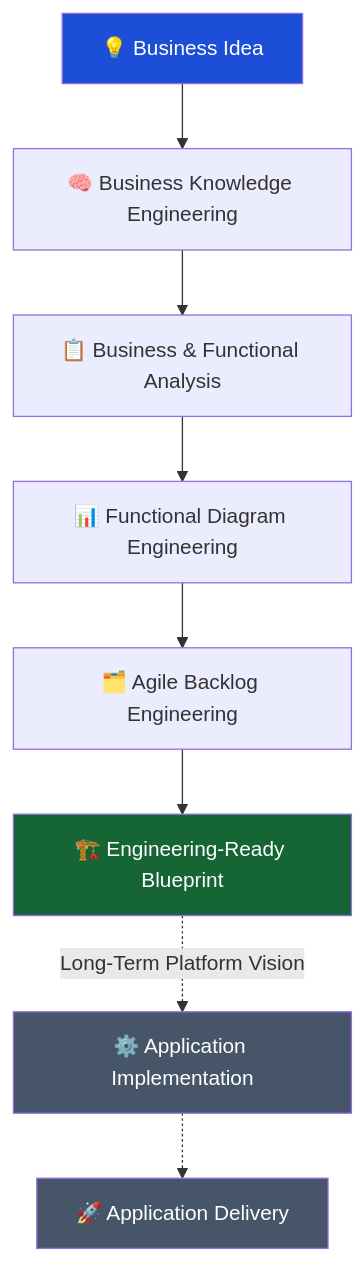
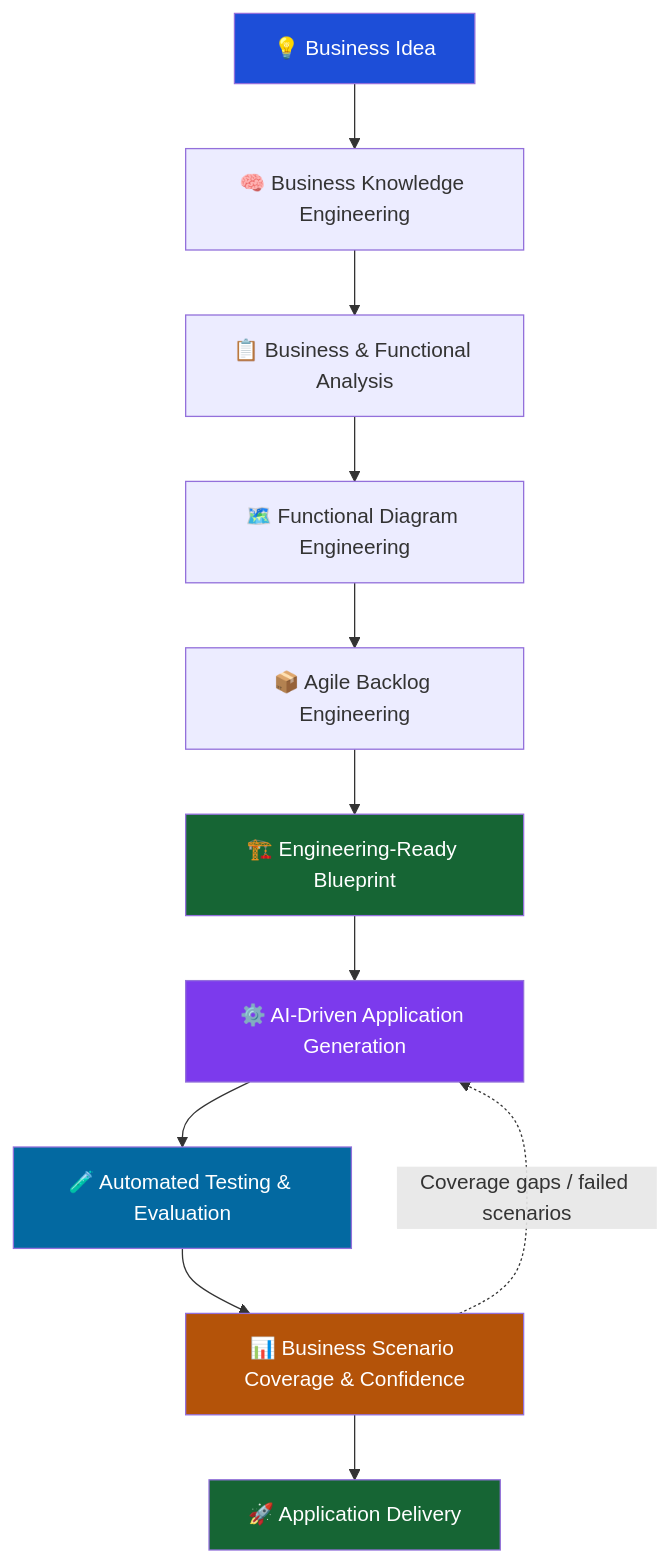
Before and after one commit to matt212/Domain-Agnostic-Application-Engineering-Platform: the second of 2 diagrams in readme.MD, drawn with Mermaid. The commit also changed other lines of this file, not shown here.

````diff
--- a/readme.MD
+++ b/readme.MD
@@ -355,20 +445,24 @@
 ```mermaid
 flowchart TD
     A["💡 Business Idea"]
     B["🧠 Business Knowledge Engineering"]
     C["📋 Business & Functional Analysis"]
-    D["📊 Functional Diagram Engineering"]
-    E["🗂️ Agile Backlog Engineering"]
+    D["🗺️ Functional Diagram Engineering"]
+    E["📦 Agile Backlog Engineering"]
     F["🏗️ Engineering-Ready Blueprint"]
-    G["⚙️ Application Implementation"]
-    H["🚀 Application Delivery"]
+    G["⚙️ AI-Driven Application Generation"]
+    H["🧪 Automated Testing & Evaluation"]
+    I["📊 Business Scenario Coverage & Confidence"]
+    J["🚀 Application Delivery"]
 
-    A --> B --> C --> D --> E --> F
-    F -. "Long-Term Platform Vision" .-> G
-    G -.-> H
+    A --> B --> C --> D --> E --> F --> G --> H --> I --> J
+
+    I -. "Coverage gaps / failed scenarios" .-> G
 
     style A fill:#1d4ed8,color:#fff
     style F fill:#166534,color:#fff
-    style G fill:#475569,color:#fff
-    style H fill:#475569,color:#fff
+    style G fill:#7c3aed,color:#fff
+    style H fill:#0369a1,color:#fff
+    style I fill:#b45309,color:#fff
+    style J fill:#166534,color:#fff
 ```
````
